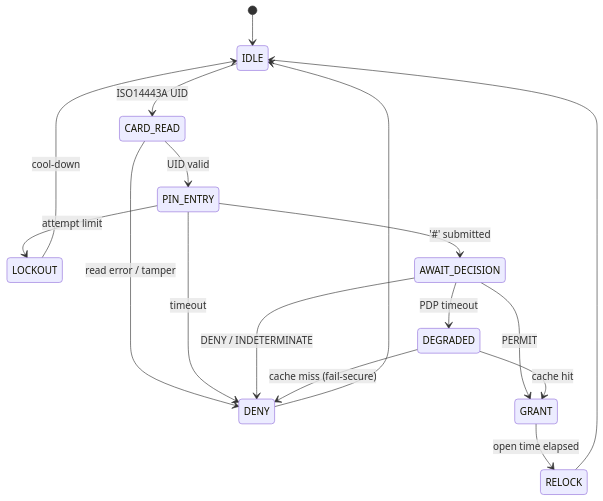
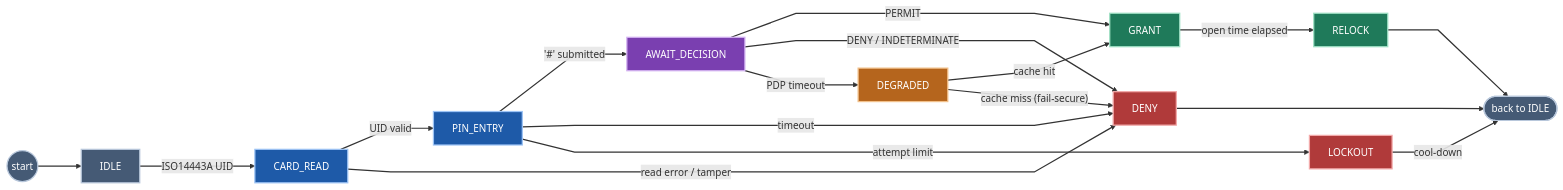
One commit to CICTHackathon/iot-hardware changed the second of 2 diagrams in README.md. Above: the diagram before and after it, drawn with Mermaid. The commit also changed other lines of this file, not shown here.

Commit message:
docs: restyle architecture and firmware diagrams

````diff
--- a/README.md
+++ b/README.md
@@ -125,19 +139,34 @@
 ```mermaid
-stateDiagram-v2
-    [*] --> IDLE
-    IDLE --> CARD_READ : ISO14443A UID
-    CARD_READ --> PIN_ENTRY : UID valid
-    CARD_READ --> DENY : read error / tamper
-    PIN_ENTRY --> DENY : timeout
-    PIN_ENTRY --> LOCKOUT : attempt limit
-    PIN_ENTRY --> AWAIT_DECISION : '#' submitted
-    LOCKOUT --> IDLE : cool-down
-    AWAIT_DECISION --> GRANT : PERMIT
-    AWAIT_DECISION --> DENY : DENY / INDETERMINATE
-    AWAIT_DECISION --> DEGRADED : PDP timeout
-    DEGRADED --> GRANT : cache hit
-    DEGRADED --> DENY : cache miss (fail-secure)
-    GRANT --> RELOCK : open time elapsed
-    DENY --> IDLE
-    RELOCK --> IDLE
+%%{init: {"flowchart": {"curve": "linear", "nodeSpacing": 35, "rankSpacing": 70}}}%%
+flowchart LR
+    S(("start")) --> IDLE["IDLE"]
+    IDLE -->|"ISO14443A UID"| CR["CARD_READ"]
+    CR -->|"UID valid"| PE["PIN_ENTRY"]
+    CR -->|"read error / tamper"| DENY["DENY"]
+    PE -->|"'#' submitted"| AD["AWAIT_DECISION"]
+    PE -->|"timeout"| DENY
+    PE -->|"attempt limit"| LO["LOCKOUT"]
+    AD -->|"PERMIT"| GRANT["GRANT"]
+    AD -->|"DENY / INDETERMINATE"| DENY
+    AD -->|"PDP timeout"| DG["DEGRADED"]
+    DG -->|"cache hit"| GRANT
+    DG -->|"cache miss (fail-secure)"| DENY
+    GRANT -->|"open time elapsed"| RL["RELOCK"]
+    RL --> BACK(["back to IDLE"])
+    DENY --> BACK
+    LO -->|"cool-down"| BACK
+
+    classDef idle    fill:#455a75,stroke:#b8c7db,stroke-width:2px,color:#ffffff
+    classDef input   fill:#1e5aa8,stroke:#9cc3f5,stroke-width:2px,color:#ffffff
+    classDef decide  fill:#7a3fb0,stroke:#d4b3f2,stroke-width:2px,color:#ffffff
+    classDef degrade fill:#b5651d,stroke:#f2c08a,stroke-width:2px,color:#ffffff
+    classDef ok      fill:#1f7a5a,stroke:#9fe0c4,stroke-width:2px,color:#ffffff
+    classDef bad     fill:#b03a3a,stroke:#f2a9a9,stroke-width:2px,color:#ffffff
+    class S,IDLE,BACK idle
+    class CR,PE input
+    class AD decide
+    class DG degrade
+    class GRANT,RL ok
+    class DENY,LO bad
+    linkStyle default stroke-width:2px
 ```
````
